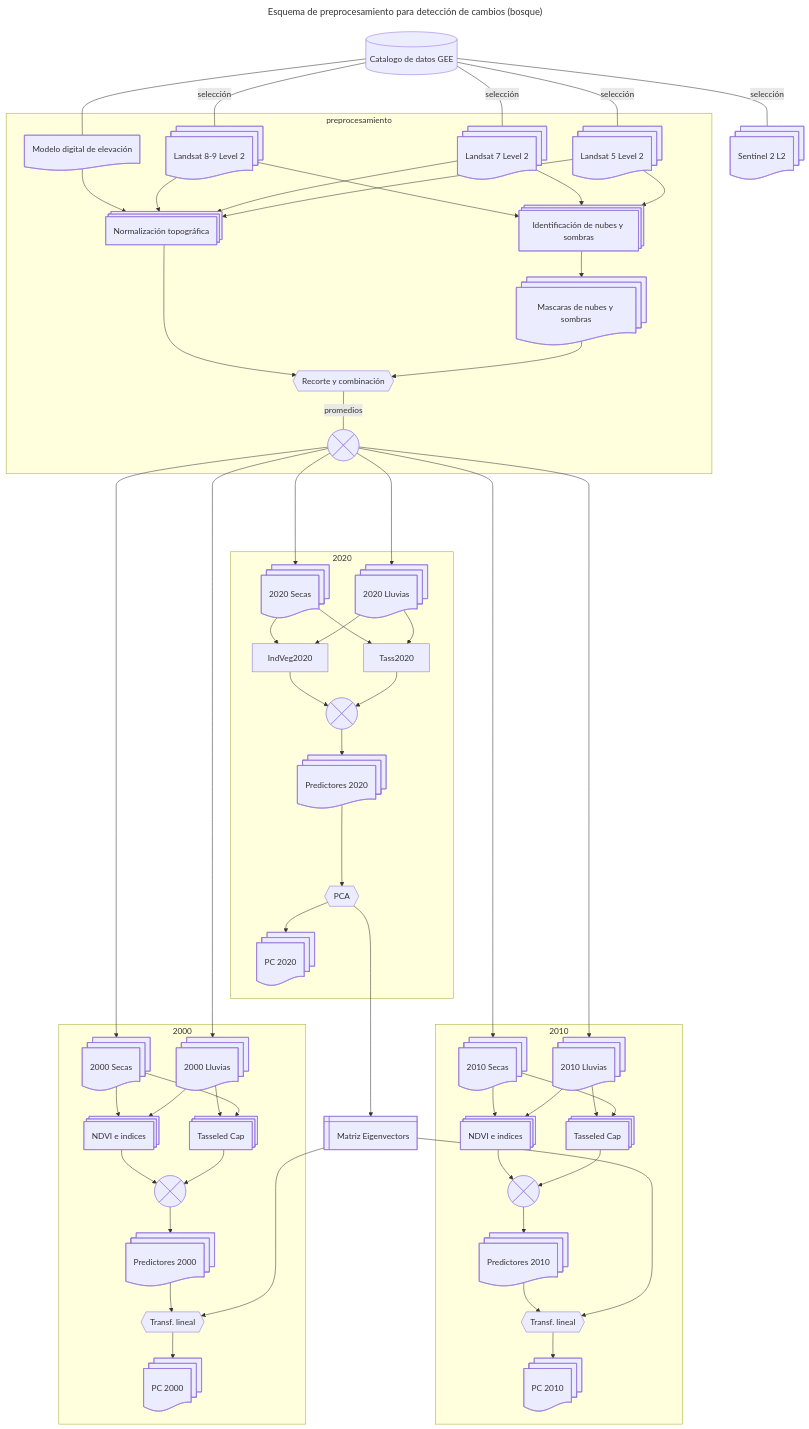
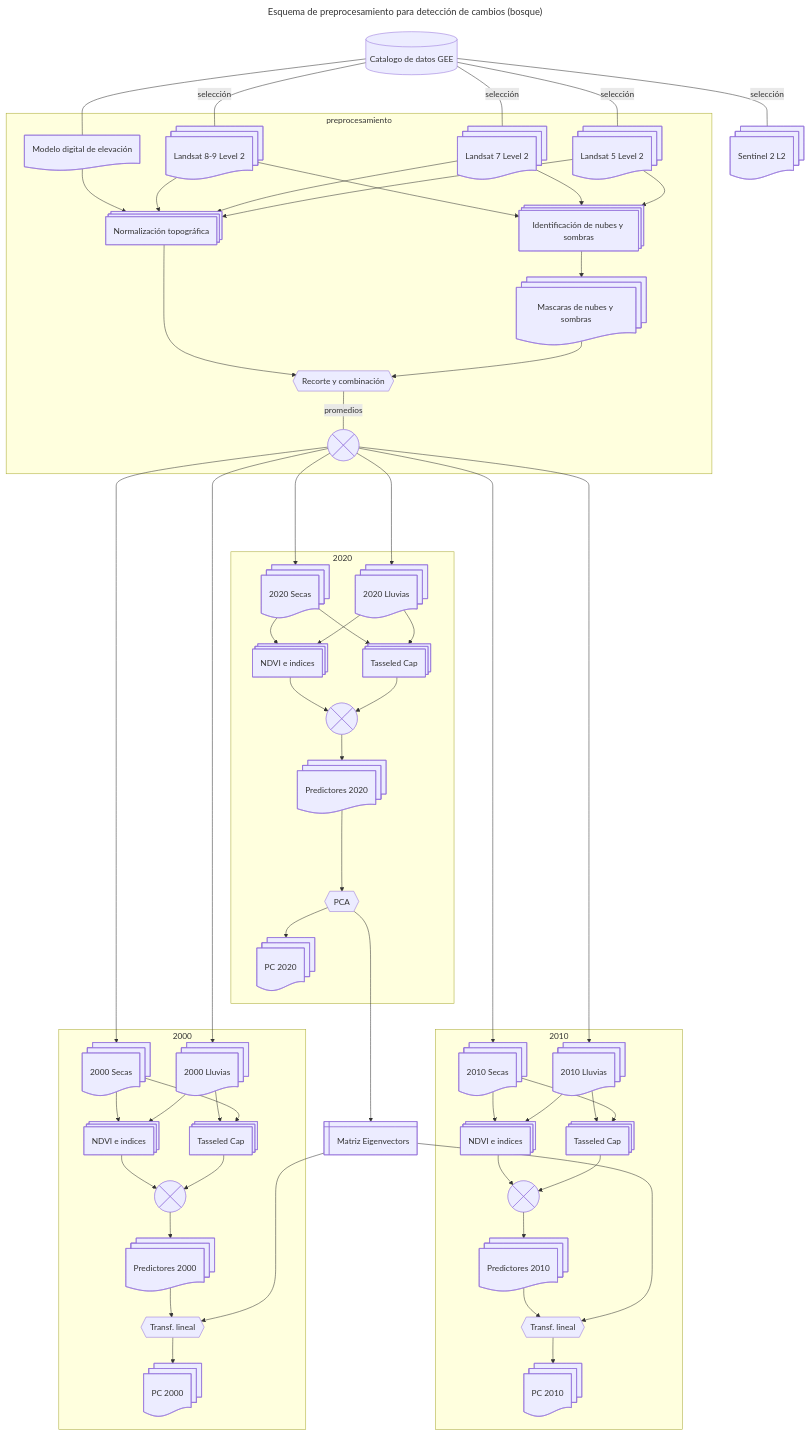
Before and after one commit to vshalisko/GEE: the diagram in ANPs/Esquema_preprocesamiento.mermaid, drawn with Mermaid.

```diff
--- a/ANPs/Esquema_preprocesamiento.mermaid
+++ b/ANPs/Esquema_preprocesamiento.mermaid
@@ -1,118 +1,118 @@
 ---
 title: Esquema de preprocesamiento para detección de cambios (bosque)
 ---
 flowchart TD
     gee1[(Catalogo de datos GEE)]
     Landsat8@{ shape: docs, label: Landsat 8-9 Level 2}
     Landsat7@{ shape: docs, label: Landsat 7 Level 2}
     Landsat5@{ shape: docs, label: Landsat 5 Level 2}
     Sentinel2@{ shape: docs, label: Sentinel 2 L2}
     MDE@{ shape: doc, label: Modelo digital de elevación}
     
     INS@{ shape: procs, label: "Identificación de nubes y sombras"}
     MNS@{ shape: docs, label: "Mascaras de nubes y sombras"}
     NT@{ shape: procs, label: "Normalización topográfica"}
     Combinacion1@{ shape: hex, label: "Recorte y combinación" }
     Combinacion2@{ shape: cross-circ, label: "Promedios de bandas" }
 
     BSecas2000@{ shape: docs, label: 2000 Secas}
     BLluvias2000@{ shape: docs, label: 2000 Lluvias}
     BSecas2010@{ shape: docs, label: 2010 Secas}
     BLluvias2010@{ shape: docs, label: 2010 Lluvias}
     BSecas2020@{ shape: docs, label: 2020 Secas}
     BLluvias2020@{ shape: docs, label: 2020 Lluvias}
 
     IndVeg2000@{ shape: procs, label: "NDVI e indices"}
     IndVeg2010@{ shape: procs, label: "NDVI e indices"}
-    IndVeg2010@{ shape: procs, label: "NDVI e indices"}
+    IndVeg2020@{ shape: procs, label: "NDVI e indices"}
     Tass2000@{ shape: procs, label: "Tasseled Cap"}
     Tass2010@{ shape: procs, label: "Tasseled Cap"}
-    Tass2010@{ shape: procs, label: "Tasseled Cap"}
+    Tass2020@{ shape: procs, label: "Tasseled Cap"}
 
     Comb2000@{ shape: cross-circ, label: "Combinación" }
     Comb2010@{ shape: cross-circ, label: "Combinación" }
     Comb2020@{ shape: cross-circ, label: "Combinación" }
 
     Capas2000@{ shape: docs, label: Predictores 2000}
     Capas2010@{ shape: docs, label: Predictores 2010}
     Capas2020@{ shape: docs, label: Predictores 2020}
 
     PCA2020@{ shape: hex, label: "PCA"}
     TL2000@{ shape: hex, label: "Transf. lineal"}
     TL2010@{ shape: hex, label: "Transf. lineal"}
 
     CapasPCA2000@{ shape: docs, label: PC 2000}
     CapasPCA2010@{ shape: docs, label: PC 2010}
     CapasPCA2020@{ shape: docs, label: PC 2020}
 
     Eigenvectors@{ shape: win-pane, label: "Matriz Eigenvectors" }
 
     gee1---|selección|Landsat8
     gee1---|selección|Landsat7
     gee1---|selección|Landsat5
     gee1---|selección|Sentinel2
     gee1---MDE
 
     subgraph preprocesamiento
         Landsat8-->INS
         Landsat7-->INS
         Landsat5-->INS
 
         MDE-->NT
         Landsat8-->NT
         Landsat7-->NT
         Landsat5-->NT
 
         INS-->MNS
         NT-->Combinacion1
         MNS-->Combinacion1
         Combinacion1---|promedios|Combinacion2
         
     end
 
     Combinacion2---->BSecas2000
     Combinacion2---->BLluvias2000
     Combinacion2---->BSecas2010
     Combinacion2---->BLluvias2010
     Combinacion2---->BSecas2020
     Combinacion2---->BLluvias2020
 
     subgraph 2000
         BSecas2000-->IndVeg2000
         BLluvias2000-->Tass2000
         BLluvias2000-->IndVeg2000
         BSecas2000-->Tass2000
         IndVeg2000-->Comb2000
         Tass2000-->Comb2000
         Comb2000-->Capas2000
         Capas2000-->TL2000
         TL2000-->CapasPCA2000
     end
 
     subgraph 2010
         BSecas2010-->IndVeg2010
         BLluvias2010-->Tass2010
         BLluvias2010-->IndVeg2010
         BSecas2010-->Tass2010
         IndVeg2010-->Comb2010
         Tass2010-->Comb2010
         Comb2010-->Capas2010
         Capas2010-->TL2010
         TL2010-->CapasPCA2010
     end
 
     subgraph 2020
         BSecas2020-->IndVeg2020
         BSecas2020-->Tass2020
         BLluvias2020-->IndVeg2020
         BLluvias2020-->Tass2020
         IndVeg2020-->Comb2020
         Tass2020-->Comb2020
         Comb2020-->Capas2020
         Capas2020---->PCA2020
         PCA2020-->CapasPCA2020
     end
 
     PCA2020---->Eigenvectors
     Eigenvectors---->TL2000
     Eigenvectors---->TL2010
```
